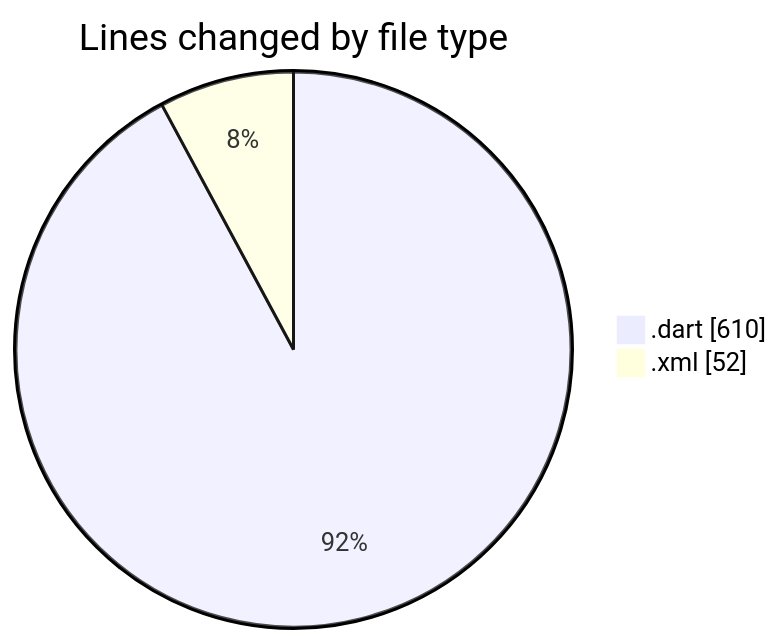
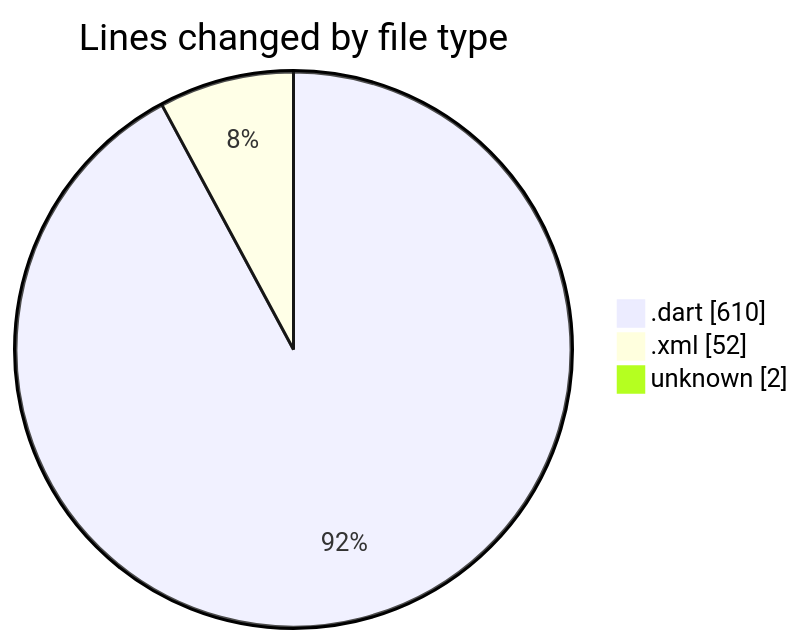
Before and after one commit to donsfak/code-tracking: the first of 2 diagrams in 2025-01-26/trackers_app/README.md, drawn with Mermaid. The commit also changed other lines of this file and 1 other file, not shown here.

````diff
--- a/2025-01-26/trackers_app/README.md
+++ b/2025-01-26/trackers_app/README.md
@@ -25,6 +26,7 @@
 ```mermaid
 pie showData
 title Lines changed by file type
 ".dart" : 610
 ".xml" : 52
+"unknown" : 2
 ```
````
